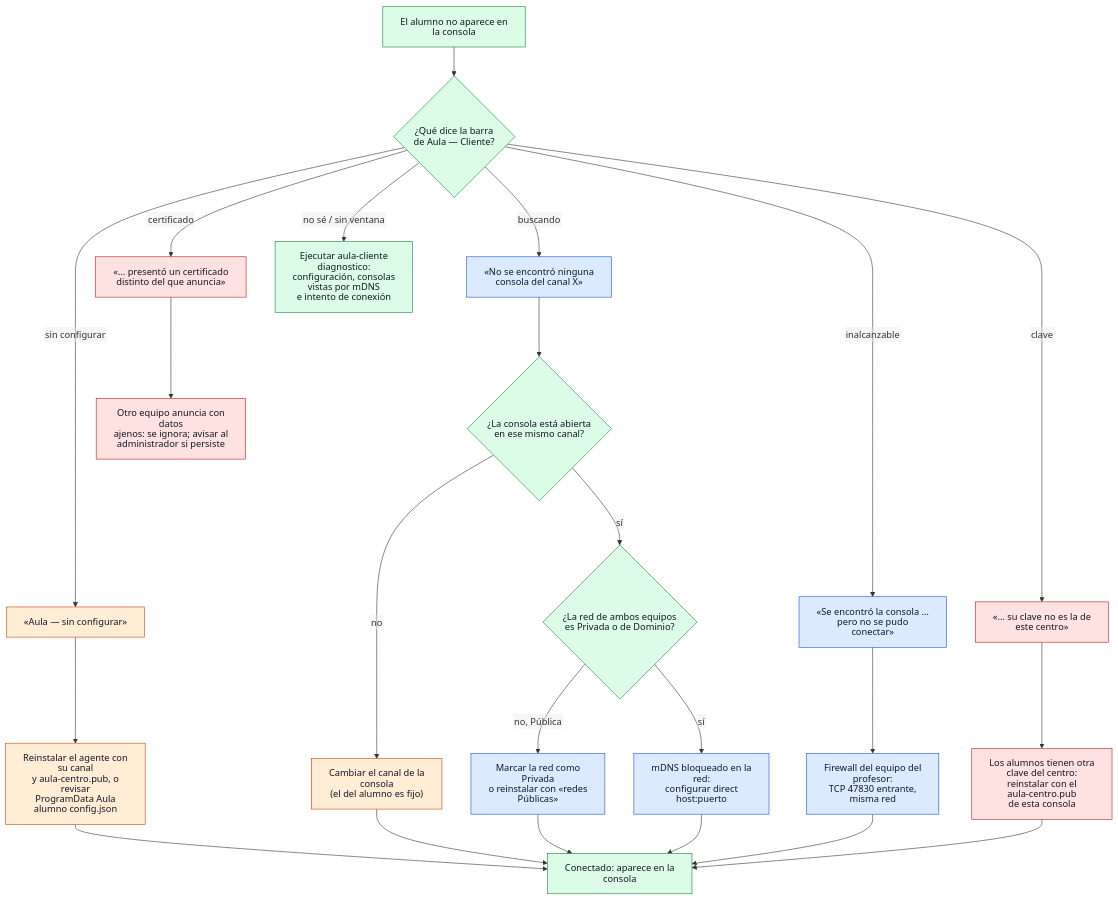
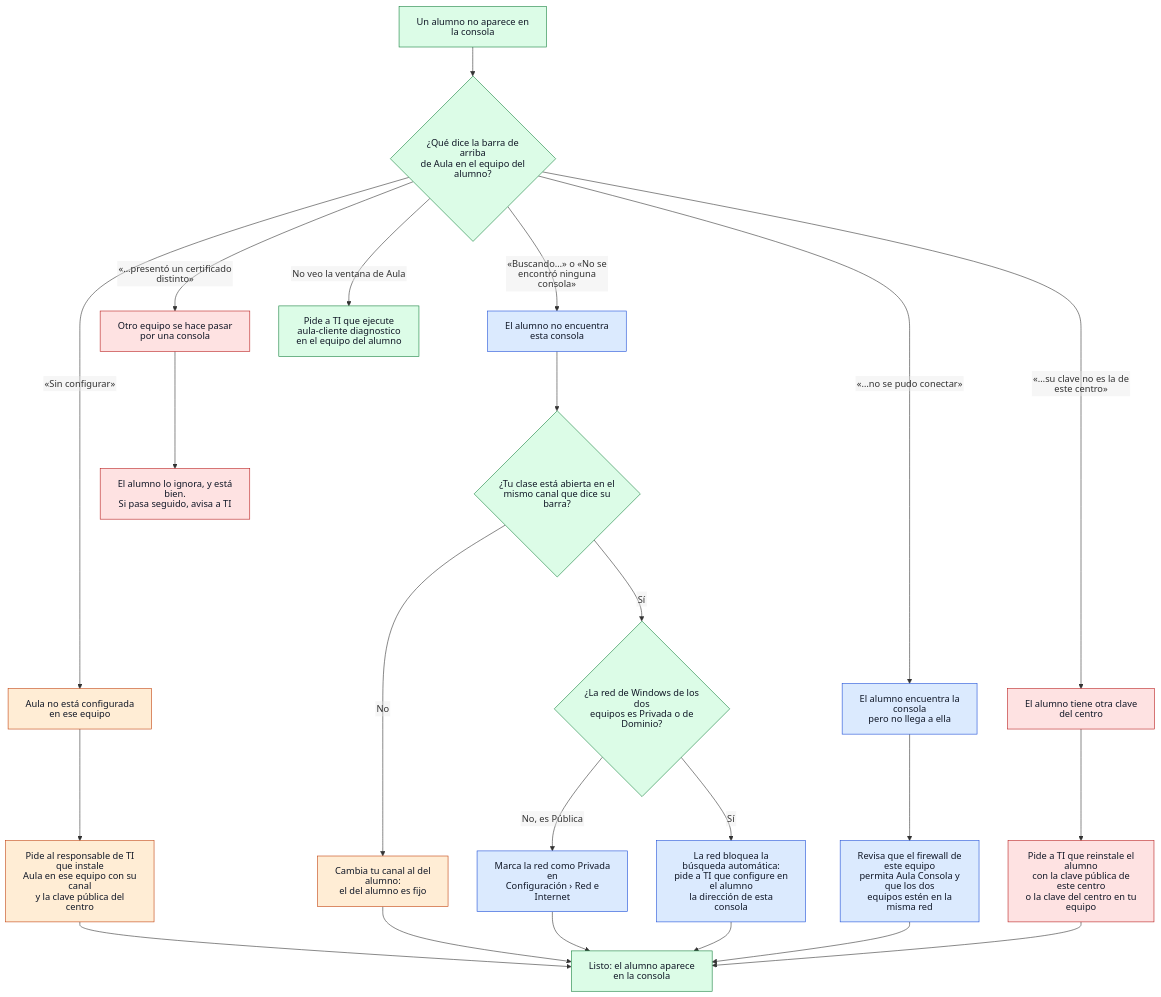
The diagram in docs/v1/diagramas/12-diagnostico-conexion.md (bayalad7/aula), drawn with Mermaid before and after one commit. The commit also changed other lines of this file and 35 other files, not shown here.

First line of the commit message:
caracteristica(manual): manual del profesor en Markdown, embebido y validado

````diff
--- a/docs/v1/diagramas/12-diagnostico-conexion.md
+++ b/docs/v1/diagramas/12-diagnostico-conexion.md
@@ -14,50 +14,50 @@
 ```mermaid
 %%{init: {"htmlLabels": false, "flowchart": {"htmlLabels": false}}}%%
 flowchart TD
-    inicio["El alumno no aparece en la consola"]
-    barra{"¿Qué dice la barra<br/>de Aula — Cliente?"}
+    inicio["Un alumno no aparece en la consola"]
+    barra{"¿Qué dice la barra de arriba<br/>de Aula en el equipo del alumno?"}
 
-    sinconf["«Aula — sin configurar»"]
-    config["Reinstalar el agente con su canal<br/>y aula-centro.pub, o revisar<br/>ProgramData Aula alumno config.json"]
+    sinconf["Aula no está configurada en ese equipo"]
+    config["Pide al responsable de TI que instale<br/>Aula en ese equipo con su canal<br/>y la clave pública del centro"]
 
-    nocons["«No se encontró ninguna<br/>consola del canal X»"]
-    canal{"¿La consola está abierta<br/>en ese mismo canal?"}
-    cambiar["Cambiar el canal de la consola<br/>(el del alumno es fijo)"]
-    perfil{"¿La red de ambos equipos<br/>es Privada o de Dominio?"}
-    privada["Marcar la red como Privada<br/>o reinstalar con «redes Públicas»"]
-    mdns["mDNS bloqueado en la red:<br/>configurar direct host:puerto"]
+    nocons["El alumno no encuentra esta consola"]
+    canal{"¿Tu clase está abierta en el<br/>mismo canal que dice su barra?"}
+    cambiar["Cambia tu canal al del alumno:<br/>el del alumno es fijo"]
+    perfil{"¿La red de Windows de los dos<br/>equipos es Privada o de Dominio?"}
+    privada["Marca la red como Privada en<br/>Configuración › Red e Internet"]
+    mdns["La red bloquea la búsqueda automática:<br/>pide a TI que configure en el alumno<br/>la dirección de esta consola"]
 
-    inalc["«Se encontró la consola …<br/>pero no se pudo conectar»"]
-    firewall["Firewall del equipo del profesor:<br/>TCP 47830 entrante, misma red"]
+    inalc["El alumno encuentra la consola<br/>pero no llega a ella"]
+    firewall["Revisa que el firewall de este equipo<br/>permita Aula Consola y que los dos<br/>equipos estén en la misma red"]
 
-    cert["«… presentó un certificado<br/>distinto del que anuncia»"]
-    impostor["Otro equipo anuncia con datos<br/>ajenos: se ignora; avisar al<br/>administrador si persiste"]
+    cert["Otro equipo se hace pasar por una consola"]
+    impostor["El alumno lo ignora, y está bien.<br/>Si pasa seguido, avisa a TI"]
 
-    clave["«… su clave no es la de este centro»"]
-    reclave["Los alumnos tienen otra clave del centro:<br/>reinstalar con el aula-centro.pub<br/>de esta consola"]
+    clave["El alumno tiene otra clave del centro"]
+    reclave["Pide a TI que reinstale el alumno<br/>con la clave pública de este centro<br/>o la clave del centro en tu equipo"]
 
-    diag["Ejecutar aula-cliente diagnostico:<br/>configuración, consolas vistas por mDNS<br/>e intento de conexión"]
-    ok["Conectado: aparece en la consola"]
+    diag["Pide a TI que ejecute<br/>aula-cliente diagnostico<br/>en el equipo del alumno"]
+    ok["Listo: el alumno aparece en la consola"]
 
     inicio --> barra
-    barra -- "sin configurar" --> sinconf --> config
-    barra -- "buscando" --> nocons --> canal
-    canal -- "no" --> cambiar
-    canal -- "sí" --> perfil
-    perfil -- "no, Pública" --> privada
-    perfil -- "sí" --> mdns
-    barra -- "inalcanzable" --> inalc --> firewall
-    barra -- "certificado" --> cert --> impostor
-    barra -- "clave" --> clave --> reclave
-    barra -- "no sé / sin ventana" --> diag
+    barra -- "«Sin configurar»" --> sinconf --> config
+    barra -- "«Buscando…» o «No se encontró ninguna consola»" --> nocons --> canal
+    canal -- "No" --> cambiar
+    canal -- "Sí" --> perfil
+    perfil -- "No, es Pública" --> privada
+    perfil -- "Sí" --> mdns
+    barra -- "«…no se pudo conectar»" --> inalc --> firewall
+    barra -- "«…presentó un certificado distinto»" --> cert --> impostor
+    barra -- "«…su clave no es la de este centro»" --> clave --> reclave
+    barra -- "No veo la ventana de Aula" --> diag
     config & cambiar & privada & mdns & firewall & reclave --> ok
 
     classDef externo fill:#dbeafe,stroke:#1d4ed8,color:#111827
     classDef aula fill:#dcfce7,stroke:#15803d,color:#111827
     classDef datos fill:#ffedd5,stroke:#c2410c,color:#111827
     classDef seguridad fill:#fee2e2,stroke:#b91c1c,color:#111827
     class inicio,barra,canal,perfil,diag,ok aula
     class nocons,inalc,privada,mdns,firewall externo
     class sinconf,config,cambiar datos
     class cert,impostor,clave,reclave seguridad
 ```
````
